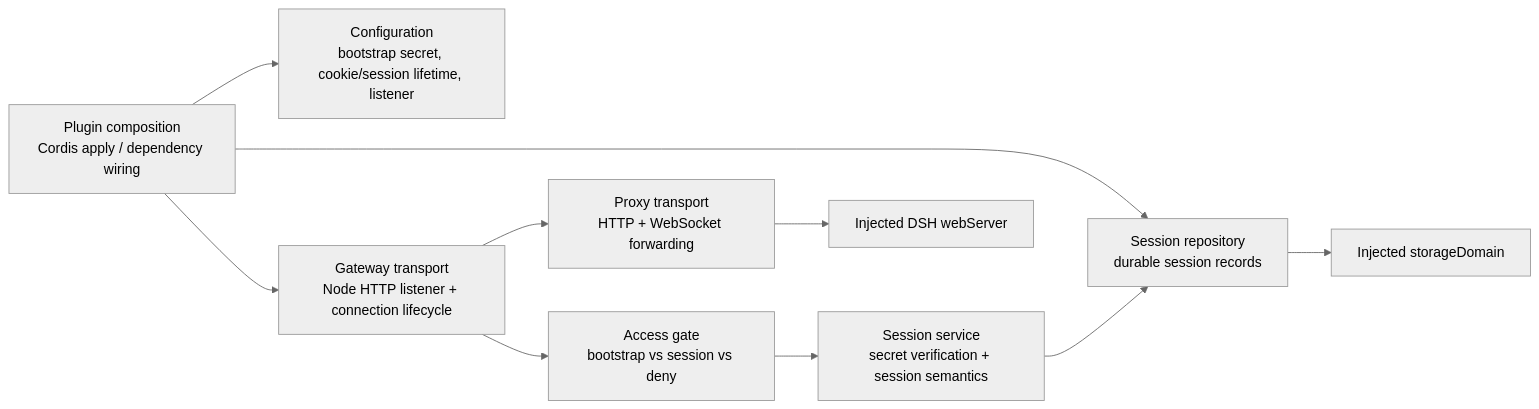
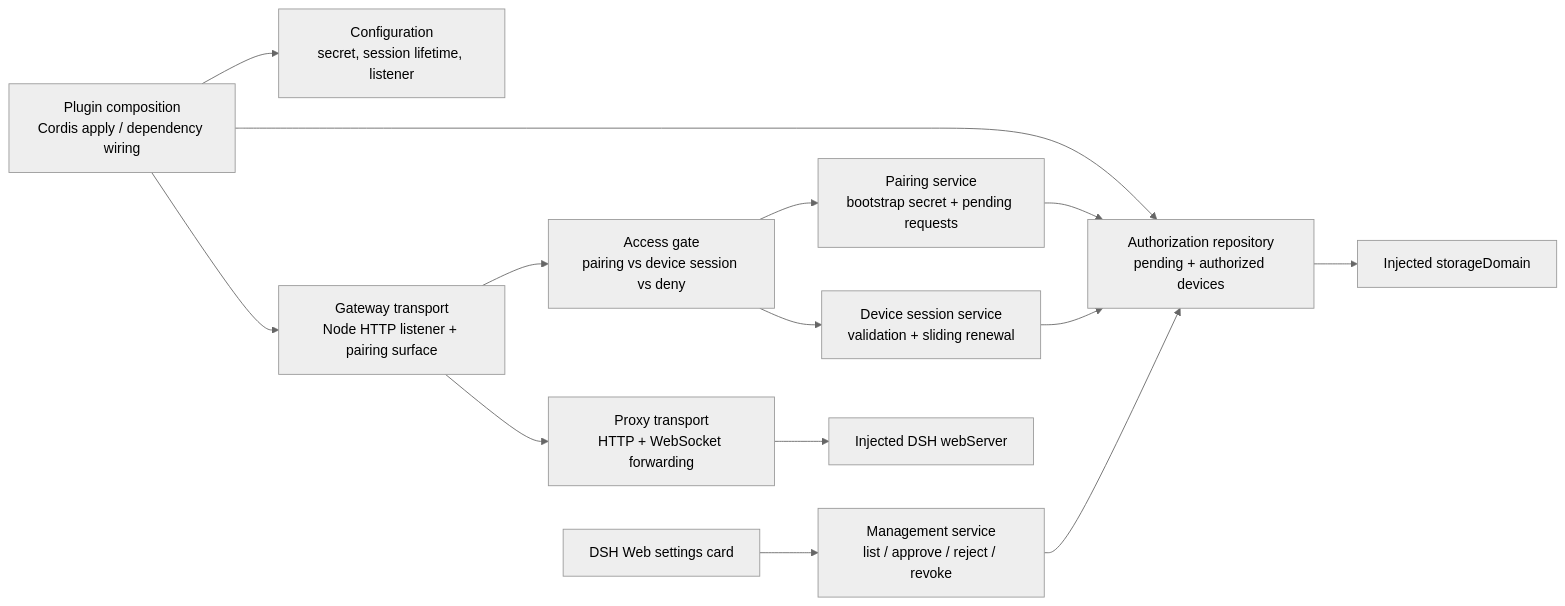
Before and after one commit to Ri0n72Y/dsh-token-gate: the third of 9 diagrams in spec/architecture.md, drawn with Mermaid (neutral theme). The commit also changed other lines of this file, not shown here.

Commit message:
docs: design host-approved device access

````diff
--- a/spec/architecture.md
+++ b/spec/architecture.md
@@ -67,22 +84,29 @@
 ```mermaid
 flowchart LR
     IDX["Plugin composition\nCordis apply / dependency wiring"]
-    CFG["Configuration\nbootstrap secret, cookie/session lifetime, listener"]
-    GW["Gateway transport\nNode HTTP listener + connection lifecycle"]
-    ACCESS["Access gate\nbootstrap vs session vs deny"]
-    AUTH["Session service\nsecret verification + session semantics"]
-    REPO["Session repository\ndurable session records"]
+    CFG["Configuration\nsecret, session lifetime, listener"]
+    GW["Gateway transport\nNode HTTP listener + pairing surface"]
+    ACCESS["Access gate\npairing vs device session vs deny"]
+    PAIR["Pairing service\nbootstrap secret + pending requests"]
+    SESS["Device session service\nvalidation + sliding renewal"]
+    REPO["Authorization repository\npending + authorized devices"]
+    MGMT["Management service\nlist / approve / reject / revoke"]
+    CARD["DSH Web settings card"]
     PROXY["Proxy transport\nHTTP + WebSocket forwarding"]
     DSH["Injected DSH webServer"]
     STORAGE["Injected storageDomain"]
 
     IDX --> CFG
     IDX --> GW
     IDX --> REPO
     GW --> ACCESS
-    ACCESS --> AUTH
-    AUTH --> REPO
+    ACCESS --> PAIR
+    ACCESS --> SESS
+    PAIR --> REPO
+    SESS --> REPO
+    MGMT --> REPO
+    CARD --> MGMT
     GW --> PROXY
     PROXY --> DSH
     REPO --> STORAGE
 ```
````
